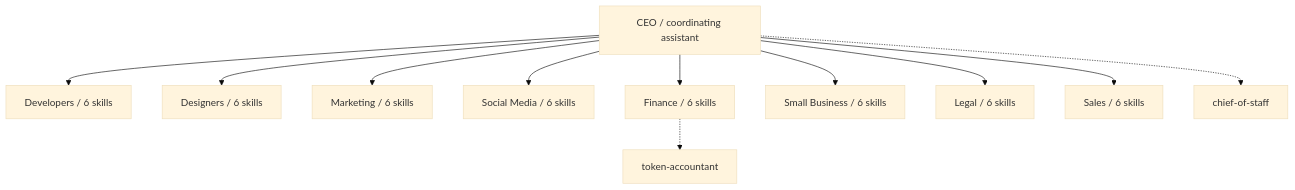
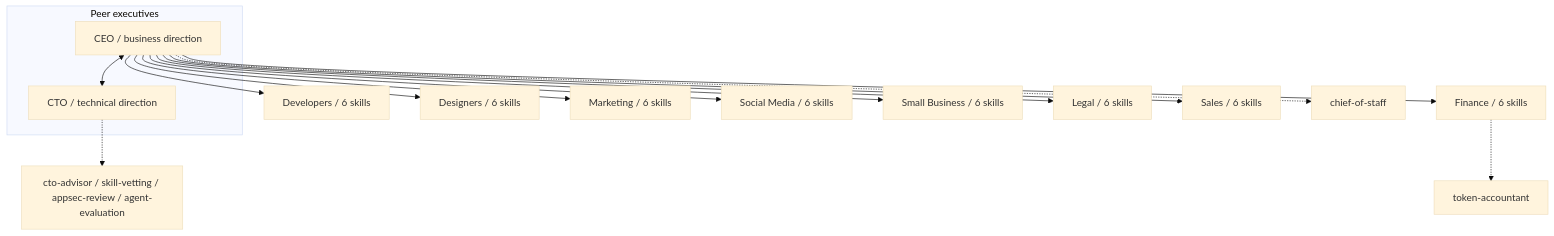
Before and after one commit to alebgl77/claude-inc: the diagram in README.md, drawn with Mermaid (base theme). The commit also changed other lines of this file and 47 other files, not shown here.

Commit message:
Add business harnesses, bounded loops, and peer CEO–CTO leadership (#10)

````diff
--- a/README.md
+++ b/README.md
@@ -125,14 +155,19 @@
 ```mermaid
 graph TD
-    CEO["CEO / coordinating assistant"]
+    subgraph EXEC["Peer executives"]
+        CEO["CEO / business direction"]
+        CTO["CTO / technical direction"]
+        CEO <--> CTO
+    end
     CEO --> DEV["Developers / 6 skills"]
     CEO --> DES["Designers / 6 skills"]
     CEO --> MKT["Marketing / 6 skills"]
     CEO --> SOC["Social Media / 6 skills"]
     CEO --> FIN["Finance / 6 skills"]
     CEO --> SMB["Small Business / 6 skills"]
     CEO --> LEG["Legal / 6 skills"]
     CEO --> SAL["Sales / 6 skills"]
     CEO -.-> COS["chief-of-staff"]
     FIN -.-> TOK["token-accountant"]
+    CTO -.-> TECH["cto-advisor / skill-vetting / appsec-review / agent-evaluation"]
 ```
````
